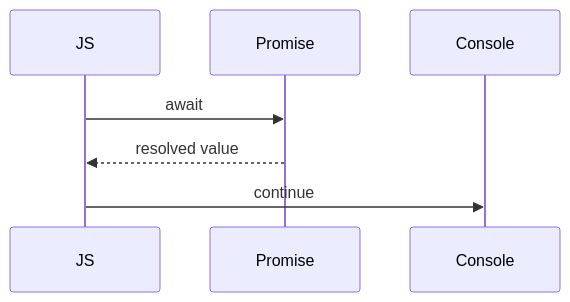
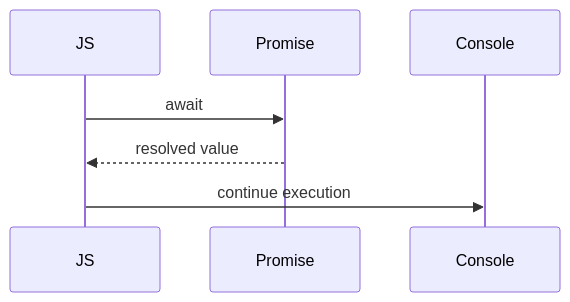
The fifth of 7 diagrams in JavaScript/Async-Control-Flow.md (seanwhs/Tutorials), drawn with Mermaid before and after one commit. The commit also changed other lines of this file, not shown here.

````diff
--- a/JavaScript/Async-Control-Flow.md
+++ b/JavaScript/Async-Control-Flow.md
@@ -198,6 +339,6 @@
 ```mermaid
 sequenceDiagram
 JS->>Promise: await
 Promise-->>JS: resolved value
-JS->>Console: continue
+JS->>Console: continue execution
 ```
````
